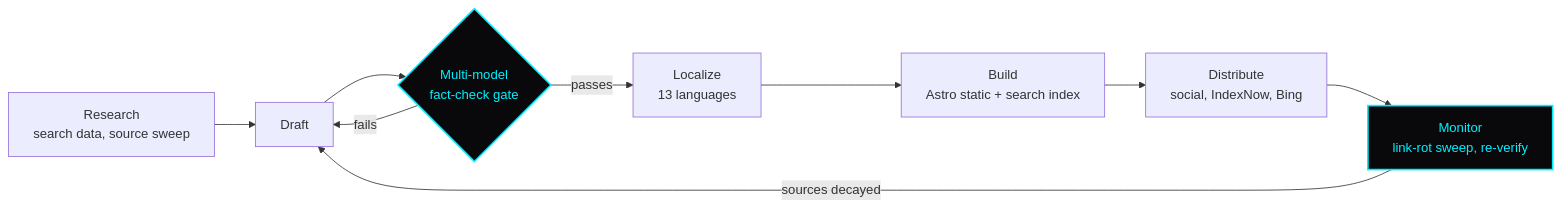
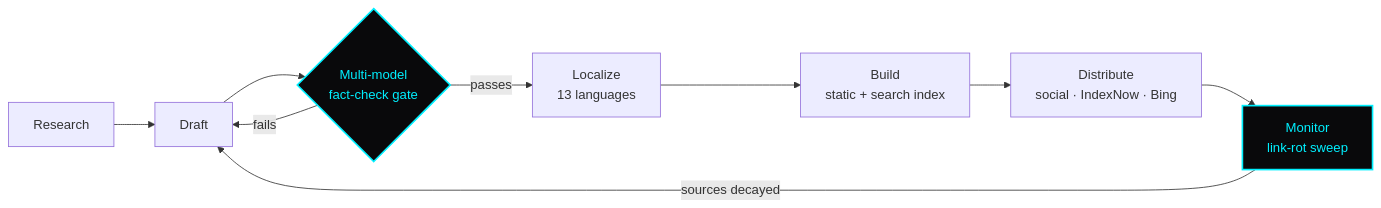
Before and after one commit to wmwallace/wmwallace: the diagram in README.md, drawn with Mermaid. The commit also changed other lines of this file and 1 other file, not shown here.

````diff
--- a/README.md
+++ b/README.md
@@ -84,14 +62,14 @@
 ```mermaid
 flowchart LR
-    A[Research<br/>search data, source sweep] --> B[Draft]
+    A[Research] --> B[Draft]
     B --> C{Multi-model<br/>fact-check gate}
     C -->|fails| B
     C -->|passes| D[Localize<br/>13 languages]
-    D --> E[Build<br/>Astro static + search index]
-    E --> F[Distribute<br/>social, IndexNow, Bing]
-    F --> G[Monitor<br/>link-rot sweep, re-verify]
+    D --> E[Build<br/>static + search index]
+    E --> F[Distribute<br/>social · IndexNow · Bing]
+    F --> G[Monitor<br/>link-rot sweep]
     G -->|sources decayed| B
 
     style C fill:#09090b,stroke:#00f0ff,stroke-width:2px,color:#00f0ff
     style G fill:#09090b,stroke:#00f0ff,stroke-width:2px,color:#00f0ff
 ```
````
